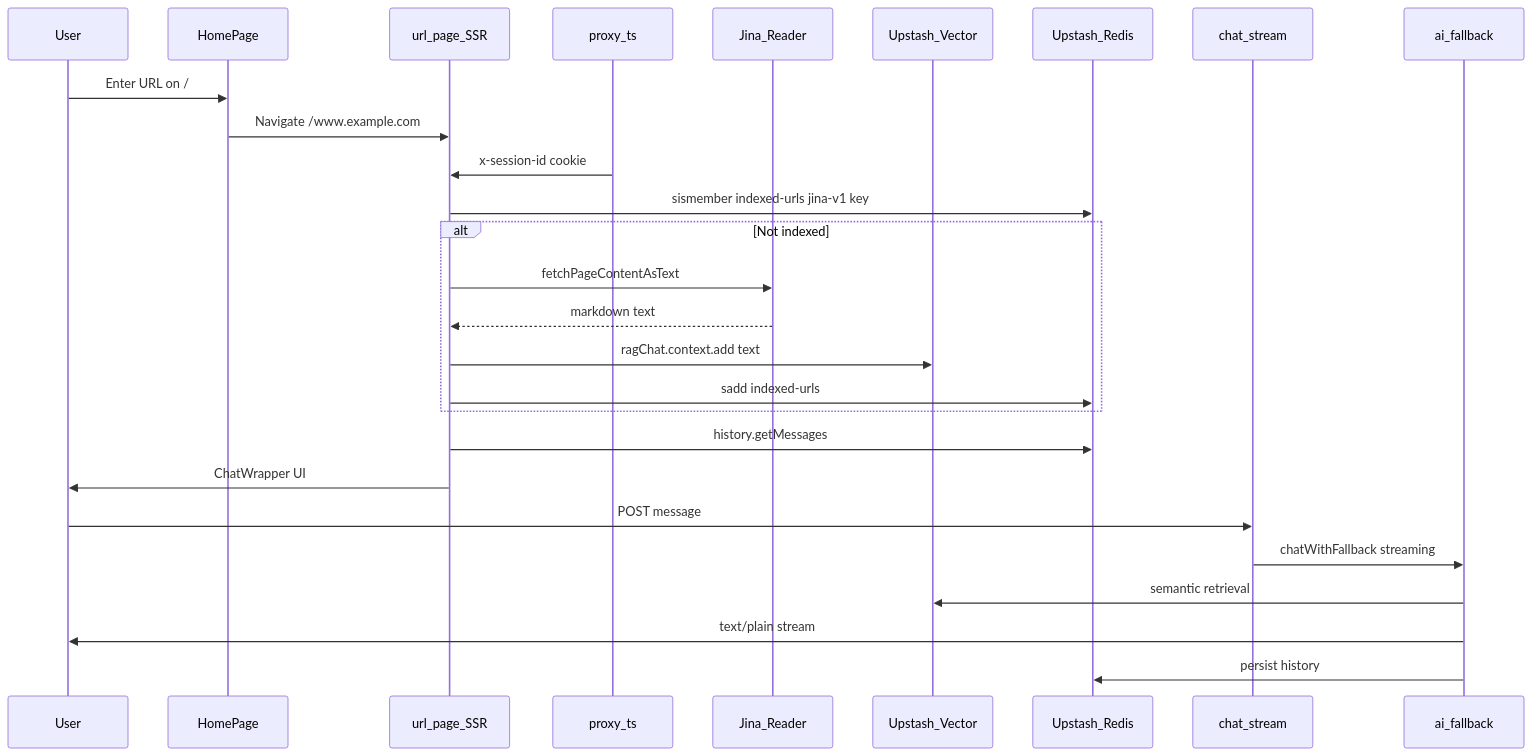
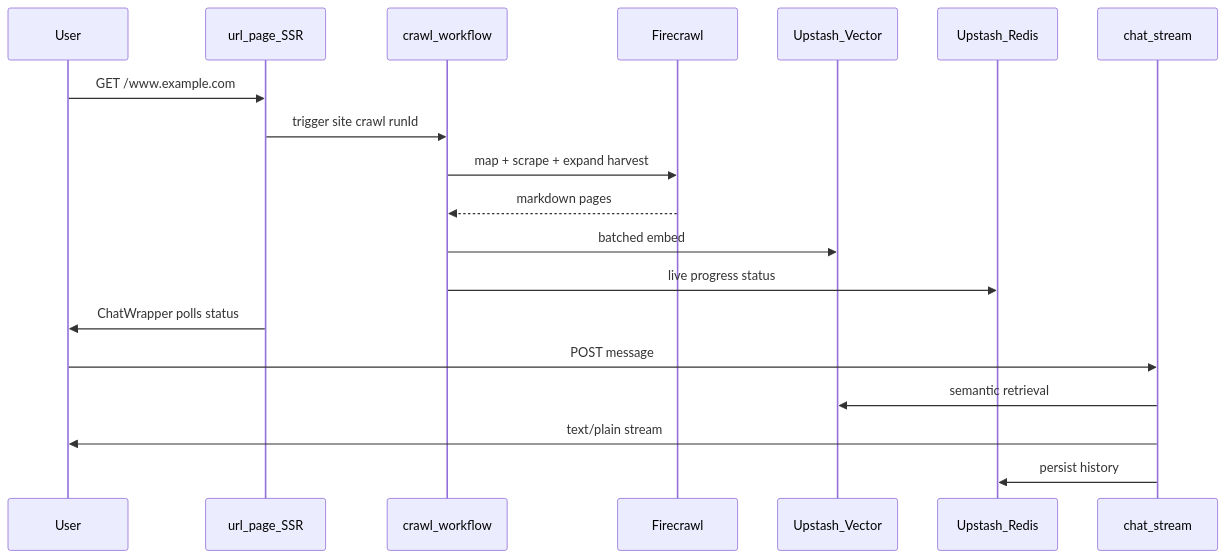
The second of 2 diagrams in README.md (arnobt78/Website-URL-RAG-Chatbot-NextJS), drawn with Mermaid before and after one commit. The commit also changed other lines of this file and 32 other files, not shown here.

````diff
--- a/README.md
+++ b/README.md
@@ -127,31 +155,23 @@
 ```mermaid
 sequenceDiagram
   participant User
-  participant Landing as HomePage
   participant Page as url_page_SSR
-  participant Proxy as proxy_ts
-  participant Jina as Jina_Reader
+  participant WF as crawl_workflow
+  participant FC as Firecrawl
   participant Vector as Upstash_Vector
   participant Redis as Upstash_Redis
   participant API as chat_stream
-  participant Fallback as ai_fallback
 
-  User->>Landing: Enter URL on /
-  Landing->>Page: Navigate /www.example.com
-  Proxy->>Page: x-session-id cookie
-  Page->>Redis: sismember indexed-urls jina-v1 key
-  alt Not indexed
-    Page->>Jina: fetchPageContentAsText
-    Jina-->>Page: markdown text
-    Page->>Vector: ragChat.context.add text
-    Page->>Redis: sadd indexed-urls
-  end
-  Page->>Redis: history.getMessages
-  Page->>User: ChatWrapper UI
+  User->>Page: GET /www.example.com
+  Page->>WF: trigger site crawl runId
+  WF->>FC: map + scrape + expand harvest
+  FC-->>WF: markdown pages
+  WF->>Vector: batched embed
+  WF->>Redis: live progress status
+  Page->>User: ChatWrapper polls status
 
   User->>API: POST message
-  API->>Fallback: chatWithFallback streaming
-  Fallback->>Vector: semantic retrieval
-  Fallback->>User: text/plain stream
-  Fallback->>Redis: persist history
+  API->>Vector: semantic retrieval
+  API->>User: text/plain stream
+  API->>Redis: persist history
 ```
````
